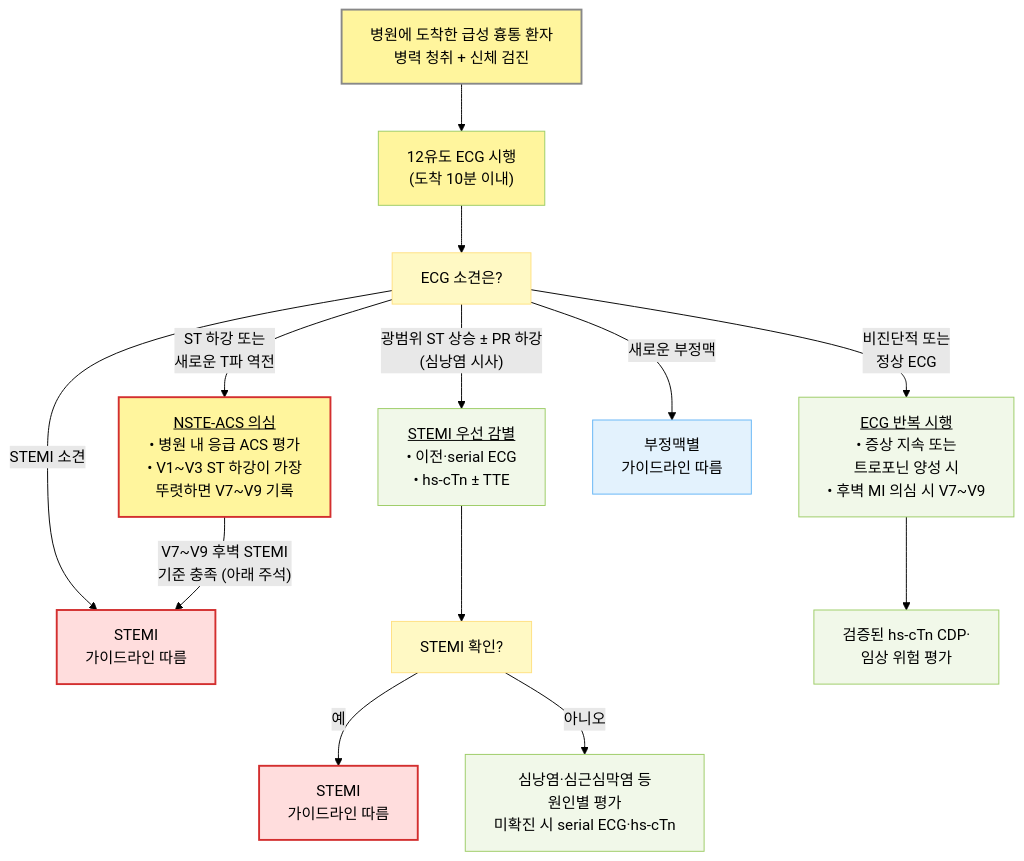
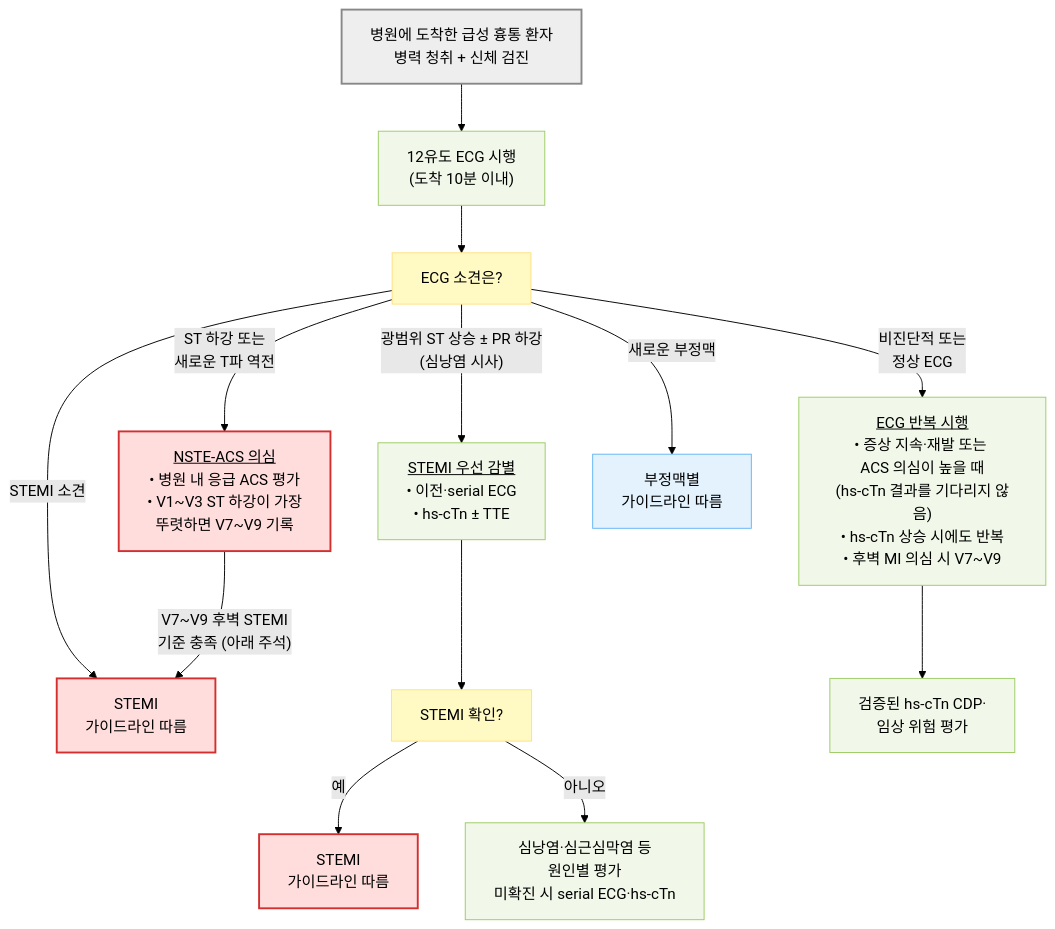
The second of 2 diagrams in 220_/002_-chest-pain.md (familyoh77/familyoh77), drawn with Mermaid (forest theme) before and after one commit. The commit also changed other lines of this file and 4 other files, not shown here.

````diff
--- a/220_/002_-chest-pain.md
+++ b/220_/002_-chest-pain.md
@@ -222,29 +213,26 @@
 ```mermaid
 flowchart TD
     A["병원에 도착한 급성 흉통 환자<br/>병력 청취 + 신체 검진"] --> B["12유도 ECG 시행<br/>(도착 10분 이내)"]
     B --> C["ECG 소견은?"]
     C -- "STEMI 소견" --> N["STEMI <br/>가이드라인 따름"]
     C -- "광범위 ST 상승 ± PR 하강 <br/>(심낭염 시사)" --> G["<u>STEMI 우선 감별</u><br/>• 이전·serial ECG<br/>• hs-cTn ± TTE"]
     C -- "ST 하강 또는 <br/>새로운 T파 역전" --> H["<u>NSTE-ACS 의심</u><br/>• 병원 내 응급 ACS 평가<br/>• V1~V3 ST 하강이 가장 <br/>뚜렷하면 V7~V9 기록"]
     H -- "V7~V9 후벽 STEMI<br/>기준 충족 (아래 주석)" --> N
-    C -- "비진단적 또는 <br/>정상 ECG" --> E["<u>ECG 반복 시행</u><br/>• 증상 지속 또는 <br/>트로포닌 양성 시<br/>• 후벽 MI 의심 시 V7~V9"]
+    C -- "비진단적 또는 <br/>정상 ECG" --> E["<u>ECG 반복 시행</u><br/>• 증상 지속·재발 또는 <br/>ACS 의심이 높을 때<br/>(hs-cTn 결과를 기다리지 않음)<br/>• hs-cTn 상승 시에도 반복<br/>• 후벽 MI 의심 시 V7~V9"]
     C -- "새로운 부정맥" --> M["부정맥별 <br/>가이드라인 따름"]
     G --> Q["STEMI 확인?"]
     Q -- "예" --> N1["STEMI <br/>가이드라인 따름"]
     Q -- "아니오" --> P["심낭염·심근심막염 등 <br/>원인별 평가<br/>미확진 시 serial ECG·hs-cTn"]
     E --> T["검증된 hs-cTn CDP·<br/>임상 위험 평가"]
 
     classDef start fill:#eeeeee,stroke:#888888,stroke-width:2px
     classDef question fill:#fff9c4,stroke:#ffe082
     classDef emergency fill:#ffdddd,stroke:#d32f2f,stroke-width:2px
     classDef evaluation fill:#f1f8e9,stroke:#9ccc65
     classDef treatment fill:#e3f2fd,stroke:#64b5f6
     class A start
     class C,Q question
     class N,N1,H emergency
     class B,G,E,T,P evaluation
     class M treatment
-    style A fill:#fff59d
-    style B fill:#fff59d
-    style H fill:#fff59d
 ```
````
